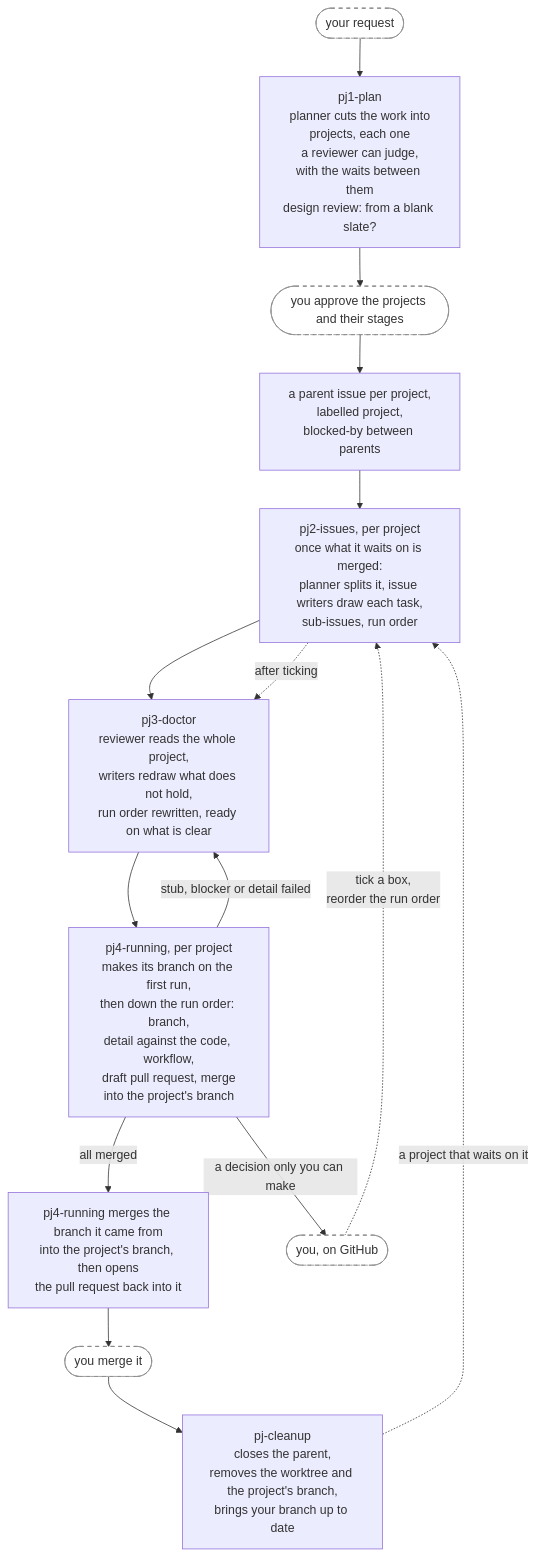
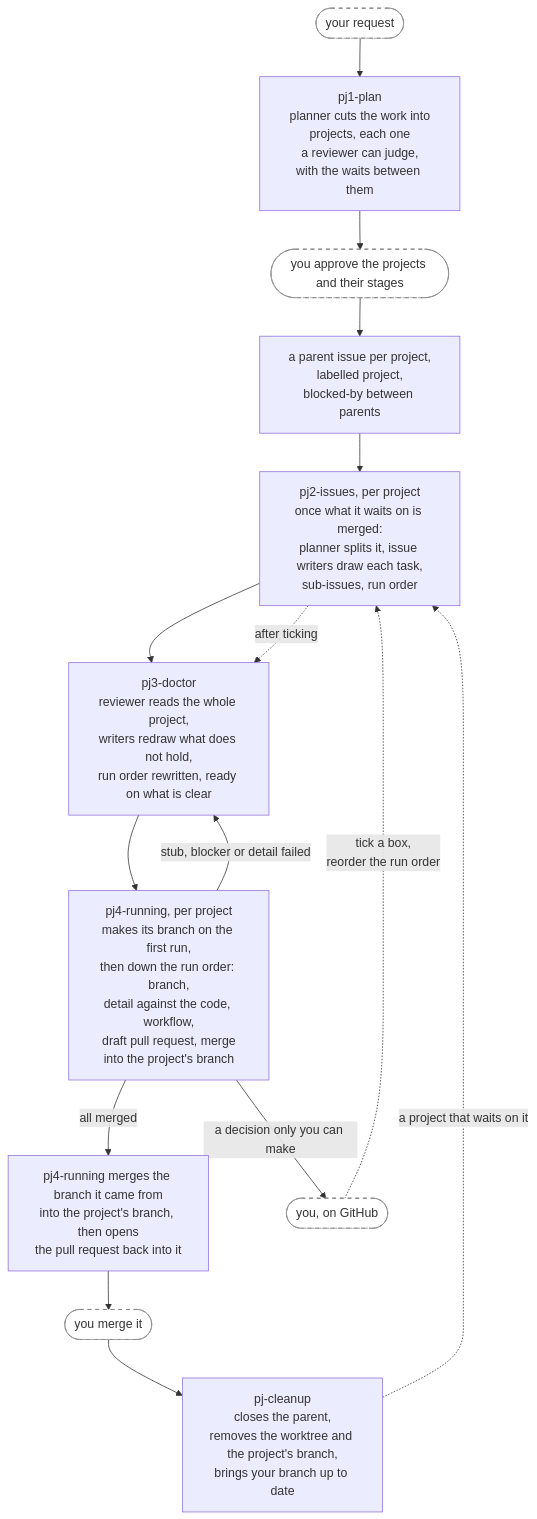
Before and after one commit to annetaan/claude-plugins: the third of 4 diagrams in plugins/annetaan/README.md, drawn with Mermaid. The commit also changed other lines of this file and 20 other files, not shown here.

First line of the commit message:
feat: remove the design review and the breaking-changes question

````diff
--- a/plugins/annetaan/README.md
+++ b/plugins/annetaan/README.md
@@ -322,19 +318,19 @@
 ```mermaid
 flowchart TD
-    req(["your request"]) --> plan["pj1-plan<br/>planner cuts the work into<br/>projects, each one<br/>a reviewer can judge,<br/>with the waits between them<br/>design review: from a blank slate?"]
+    req(["your request"]) --> plan["pj1-plan<br/>planner cuts the work into<br/>projects, each one<br/>a reviewer can judge,<br/>with the waits between them"]
     plan --> approve(["you approve the projects and their stages"]) --> filed["a parent issue per project,<br/>labelled project,<br/>blocked-by between parents"]
     filed --> split["pj2-issues, per project<br/>once what it waits on is merged:<br/>planner splits it, issue writers draw each task,<br/>sub-issues, run order"]
     split --> doctor["pj3-doctor<br/>reviewer reads the whole project,<br/>writers redraw what does not hold,<br/>run order rewritten, ready on what is clear"]
     doctor --> run["pj4-running, per project<br/>makes its branch on the first run,<br/>then down the run order: branch,<br/>detail against the code, workflow,<br/>draft pull request, merge<br/>into the project's branch"]
     run -->|"stub, blocker or detail failed"| doctor
     run -->|"all merged"| pr["pj4-running merges the branch it came from<br/>into the project's branch, then opens<br/>the pull request back into it"]
     pr --> done(["you merge it"]) --> cleanup["pj-cleanup<br/>closes the parent,<br/>removes the worktree and the project's branch,<br/>brings your branch up to date"]
     cleanup -.->|"a project that waits on it"| split
 
     you(["you, on GitHub"]) -.->|"tick a box,<br/>reorder the run order"| split
     run -->|"a decision only you can make"| you
     split -.->|"after ticking"| doctor
 
     classDef human fill:#fff,stroke:#888,stroke-dasharray: 5 5
     class req,approve,you,done human
 ```
````
